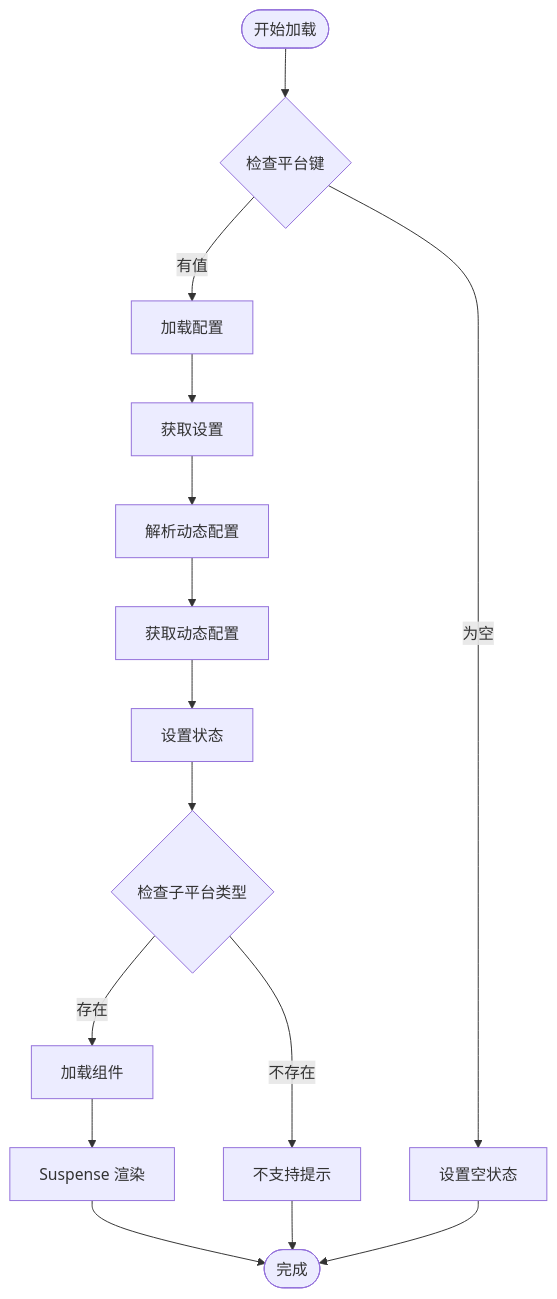
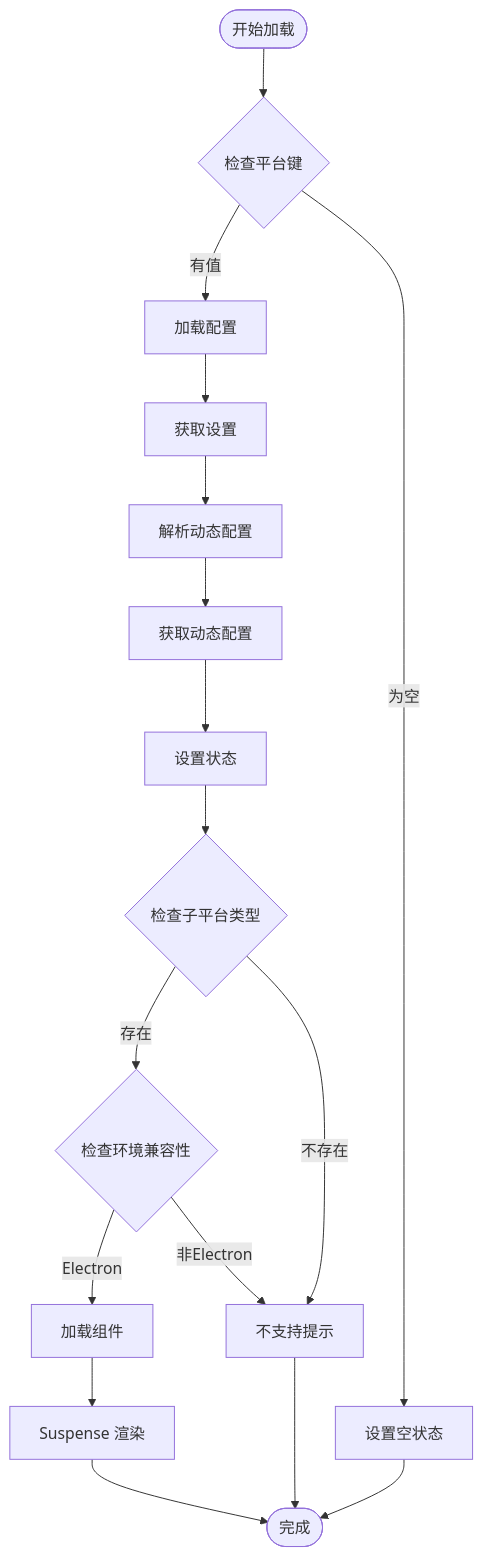
Before and after one commit to terwer/siyuan-plugin-publisher: the fourth of 7 diagrams in .qoder/repowiki/zh/content/V2 平台配置桥组件.md, drawn with Mermaid. The commit also changed other lines of this file and 49 other files, not shown here.

````diff
--- a/.qoder/repowiki/zh/content/V2 平台配置桥组件.md
+++ b/.qoder/repowiki/zh/content/V2 平台配置桥组件.md
@@ -205,17 +237,19 @@
 ```mermaid
 flowchart TD
 Start([开始加载]) --> CheckKey{检查平台键}
 CheckKey --> |为空| EmptyKey[设置空状态]
 CheckKey --> |有值| LoadConfig[加载配置]
 LoadConfig --> GetSetting[获取设置]
 GetSetting --> ParseDynamic[解析动态配置]
 ParseDynamic --> GetDynCfg[获取动态配置]
 GetDynCfg --> SetState[设置状态]
 SetState --> CheckSubtype{检查子平台类型}
-CheckSubtype --> |存在| LoadComponent[加载组件]
-CheckSubtype --> |不存在| NoSupport[不支持提示]
+CheckSubtype --> |存在| CheckEnv{检查环境兼容性}
+CheckEnv --> |Electron| LoadComponent[加载组件]
+CheckEnv --> |非Electron| NoSupport[不支持提示]
+CheckSubtype --> |不存在| NoSupport
 LoadComponent --> Suspense[Suspense 渲染]
 Suspense --> End([完成])
 NoSupport --> End
 EmptyKey --> End
 ```
````
